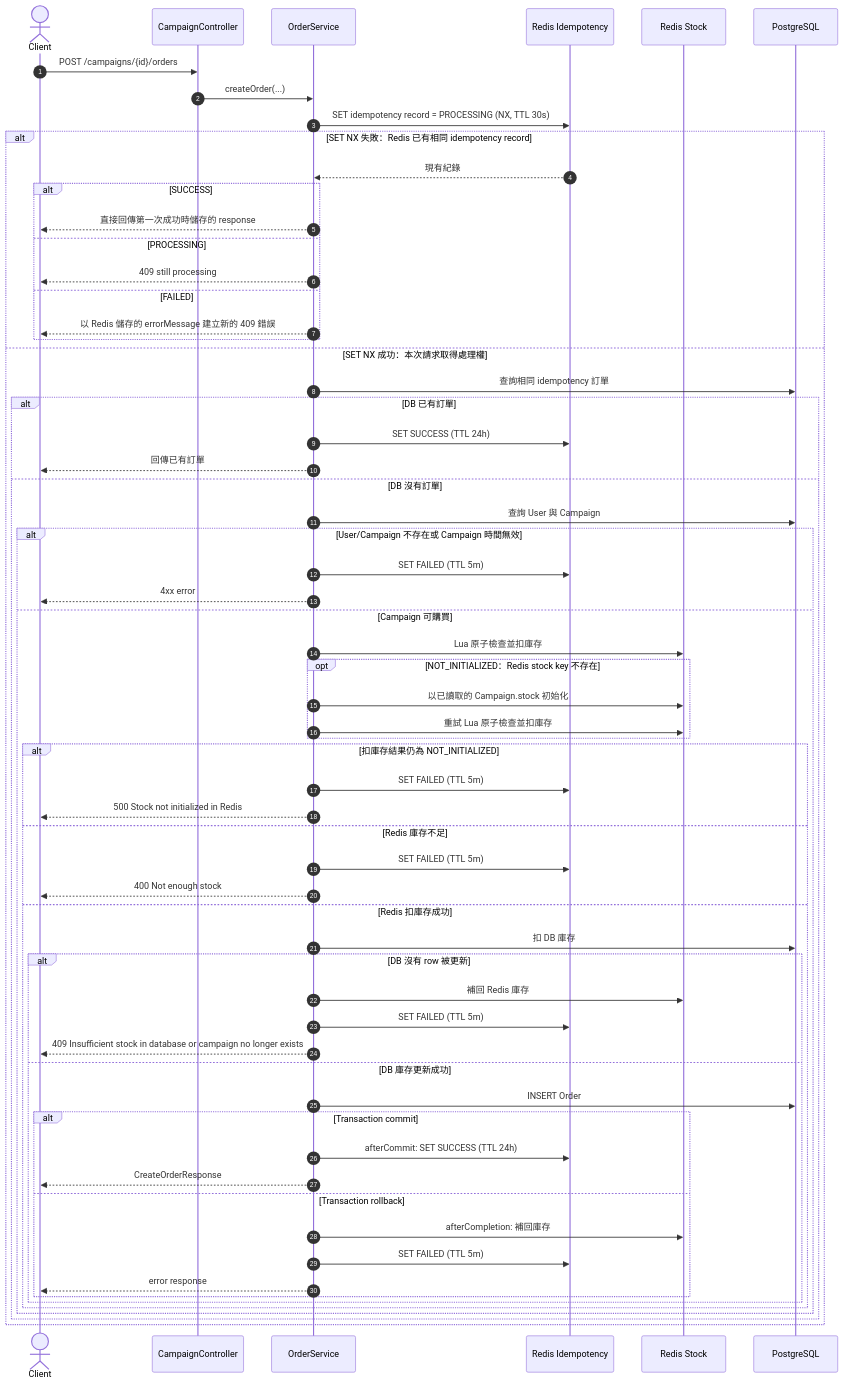
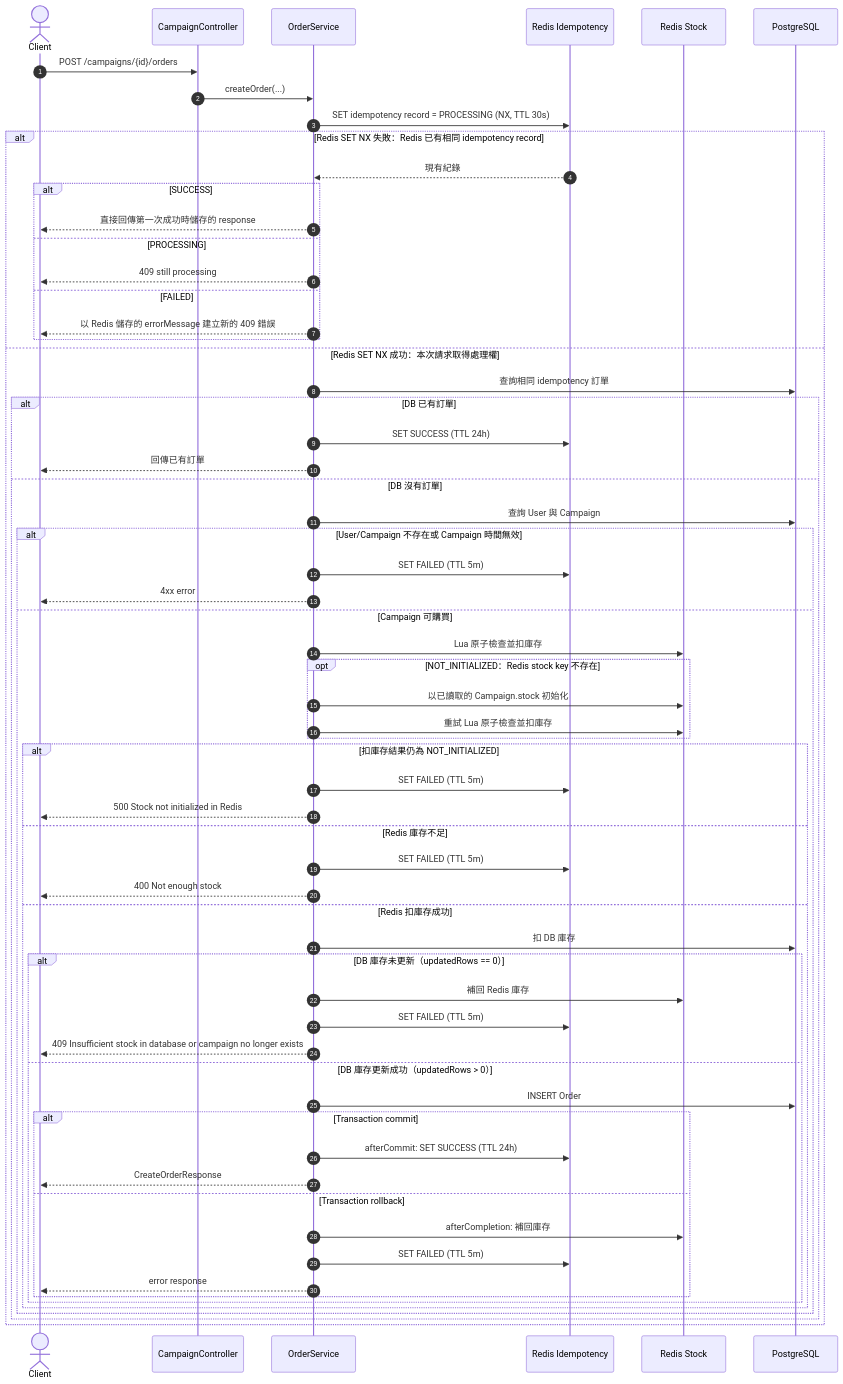
Before and after one commit to ALICE-YEN/poprush-backend: the diagram in docs/architecture/order-creation-sequence.md, drawn with Mermaid. The commit also changed 2 other files, not shown here.

Commit message:
feat: transaction-boundary.md + idempotency-state.md

````diff
--- a/docs/architecture/order-creation-sequence.md
+++ b/docs/architecture/order-creation-sequence.md
@@ -5,74 +5,74 @@
 ```mermaid
 sequenceDiagram
     autonumber
 
     actor Client
     participant API as CampaignController
     participant Service as OrderService
     participant Idem as Redis Idempotency
     participant Stock as Redis Stock
     participant DB as PostgreSQL
 
     Client->>API: POST /campaigns/{id}/orders
     API->>Service: createOrder(...)
     Service->>Idem: SET idempotency record = PROCESSING (NX, TTL 30s)
 
-    alt SET NX 失敗：Redis 已有相同 idempotency record
+    alt Redis SET NX 失敗：Redis 已有相同 idempotency record
         Idem-->>Service: 現有紀錄
         alt SUCCESS
             Service-->>Client: 直接回傳第一次成功時儲存的 response
         else PROCESSING
             Service-->>Client: 409 still processing
         else FAILED
             Service-->>Client: 以 Redis 儲存的 errorMessage 建立新的 409 錯誤
         end
-    else SET NX 成功：本次請求取得處理權
+    else Redis SET NX 成功：本次請求取得處理權
         Service->>DB: 查詢相同 idempotency 訂單
 
         alt DB 已有訂單
             Service->>Idem: SET SUCCESS (TTL 24h)
             Service-->>Client: 回傳已有訂單
         else DB 沒有訂單
             Service->>DB: 查詢 User 與 Campaign
 
             alt User/Campaign 不存在或 Campaign 時間無效
                 Service->>Idem: SET FAILED (TTL 5m)
                 Service-->>Client: 4xx error
             else Campaign 可購買
                 Service->>Stock: Lua 原子檢查並扣庫存
 
                 opt NOT_INITIALIZED：Redis stock key 不存在
                     Service->>Stock: 以已讀取的 Campaign.stock 初始化
                     Service->>Stock: 重試 Lua 原子檢查並扣庫存
                 end
 
                 alt 扣庫存結果仍為 NOT_INITIALIZED
                     Service->>Idem: SET FAILED (TTL 5m)
                     Service-->>Client: 500 Stock not initialized in Redis
                 else Redis 庫存不足
                     Service->>Idem: SET FAILED (TTL 5m)
                     Service-->>Client: 400 Not enough stock
                 else Redis 扣庫存成功
                     Service->>DB: 扣 DB 庫存
 
-                    alt DB 沒有 row 被更新
+                    alt DB 庫存未更新（updatedRows == 0）
                         Service->>Stock: 補回 Redis 庫存
                         Service->>Idem: SET FAILED (TTL 5m)
                         Service-->>Client: 409 Insufficient stock in database or campaign no longer exists
-                    else DB 庫存更新成功
+                    else DB 庫存更新成功（updatedRows > 0）
                         Service->>DB: INSERT Order
 
                         alt Transaction commit
                             Service->>Idem: afterCommit: SET SUCCESS (TTL 24h)
                             Service-->>Client: CreateOrderResponse
                         else Transaction rollback
                             Service->>Stock: afterCompletion: 補回庫存
                             Service->>Idem: SET FAILED (TTL 5m)
                             Service-->>Client: error response
                         end
                     end
                 end
             end
         end
     end
 ```
````
